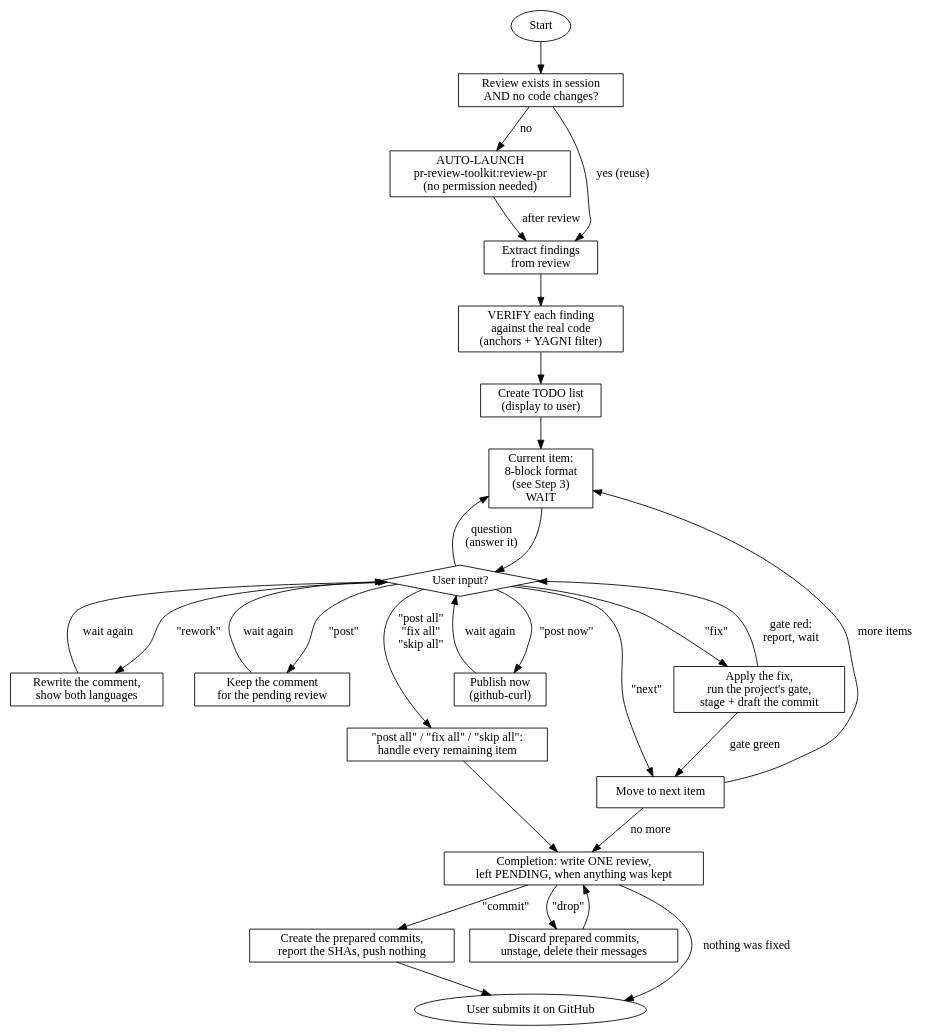
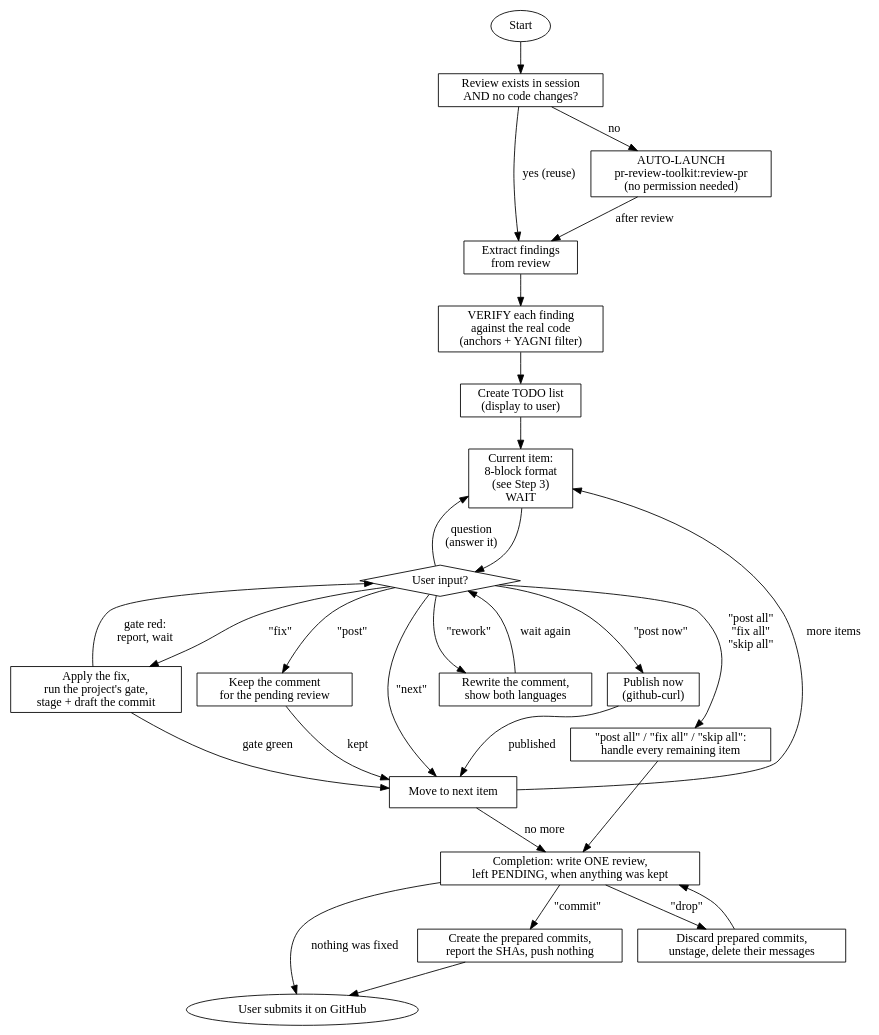
The diagram in skills/start-review/SKILL.md (LounisBou/claude-review), drawn with Graphviz before and after one commit. The commit also changed other lines of this file and 1 other file, not shown here.

First line of the commit message:
Advance to the next item on every decision, not only on fix

````diff
--- a/skills/start-review/SKILL.md
+++ b/skills/start-review/SKILL.md
@@ -66,54 +66,54 @@
 ```dot
 digraph start_review {
     rankdir=TB;
     node [shape=box];
 
     start [label="Start" shape=ellipse];
     check_review [label="Review exists in session\nAND no code changes?"];
     auto_launch [label="AUTO-LAUNCH\npr-review-toolkit:review-pr\n(no permission needed)"];
     extract [label="Extract findings\nfrom review"];
     verify [label="VERIFY each finding\nagainst the real code\n(anchors + YAGNI filter)"];
     create_todo [label="Create TODO list\n(display to user)"];
     current [label="Current item:\n8-block format\n(see Step 3)\nWAIT"];
     user_input [label="User input?" shape=diamond];
     apply_fix [label="Apply the fix,\nrun the project's gate,\nstage + draft the commit"];
     rework [label="Rewrite the comment,\nshow both languages"];
     post [label="Keep the comment\nfor the pending review"];
     post_now [label="Publish now\n(github-curl)"];
     batch [label="\"post all\" / \"fix all\" / \"skip all\":\nhandle every remaining item"];
     next_item [label="Move to next item"];
     completion [label="Completion: write ONE review,\nleft PENDING, when anything was kept"];
     commit_cmd [label="Create the prepared commits,\nreport the SHAs, push nothing"];
     drop_cmd [label="Discard prepared commits,\nunstage, delete their messages"];
     done [label="User submits it on GitHub" shape=ellipse];
 
     start -> check_review;
     check_review -> extract [label="yes (reuse)"];
     check_review -> auto_launch [label="no"];
     auto_launch -> extract [label="after review"];
     extract -> verify;
     verify -> create_todo;
     create_todo -> current;
     current -> user_input;
     user_input -> apply_fix [label="\"fix\""];
     user_input -> post [label="\"post\""];
     user_input -> post_now [label="\"post now\""];
     user_input -> rework [label="\"rework\""];
     user_input -> batch [label="\"post all\"\n\"fix all\"\n\"skip all\""];
     user_input -> next_item [label="\"next\""];
     user_input -> current [label="question\n(answer it)"];
     apply_fix -> user_input [label="gate red:\nreport, wait"];
     apply_fix -> next_item [label="gate green"];
-    post -> user_input [label="wait again"];
-    post_now -> user_input [label="wait again"];
+    post -> next_item [label="kept"];
+    post_now -> next_item [label="published"];
     rework -> user_input [label="wait again"];
     batch -> completion;
     next_item -> current [label="more items"];
     next_item -> completion [label="no more"];
     completion -> commit_cmd [label="\"commit\""];
     completion -> drop_cmd [label="\"drop\""];
     completion -> done [label="nothing was fixed"];
     commit_cmd -> done;
     drop_cmd -> completion;
 }
 ```
````
